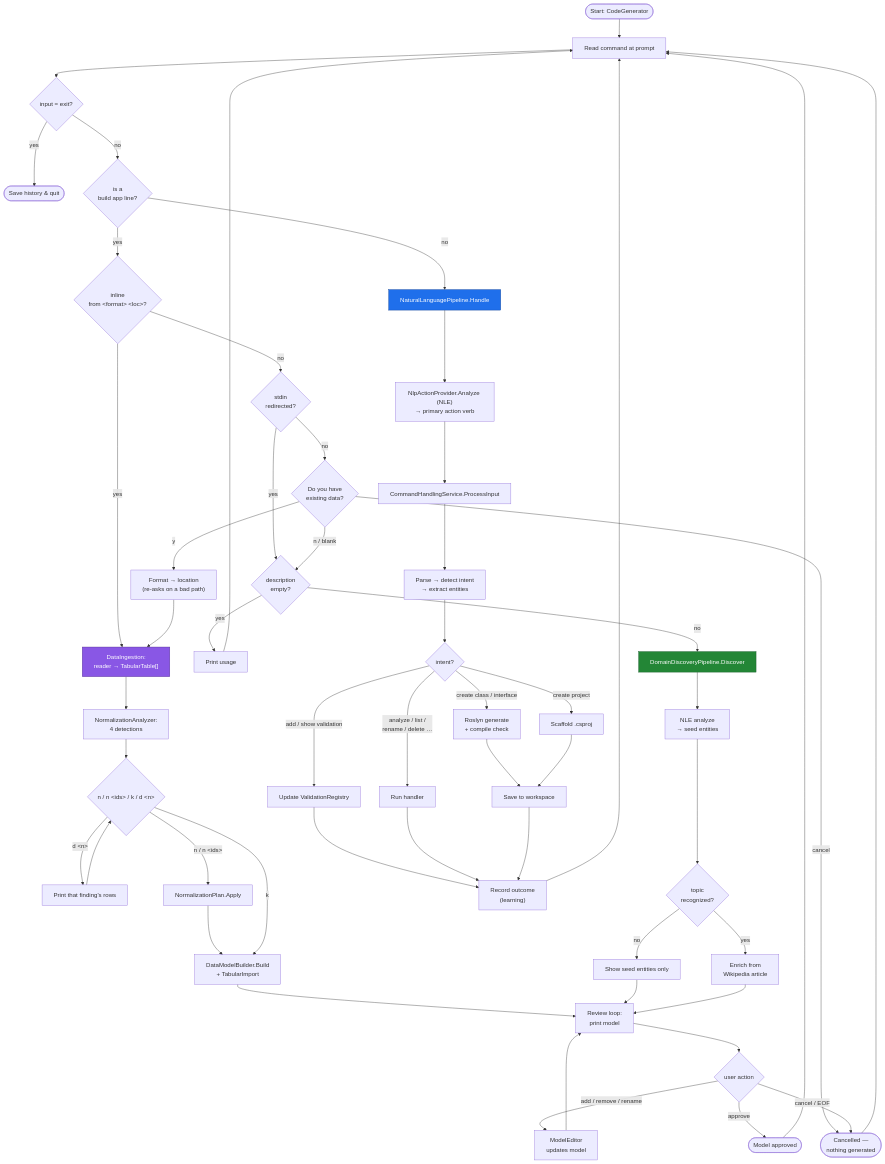
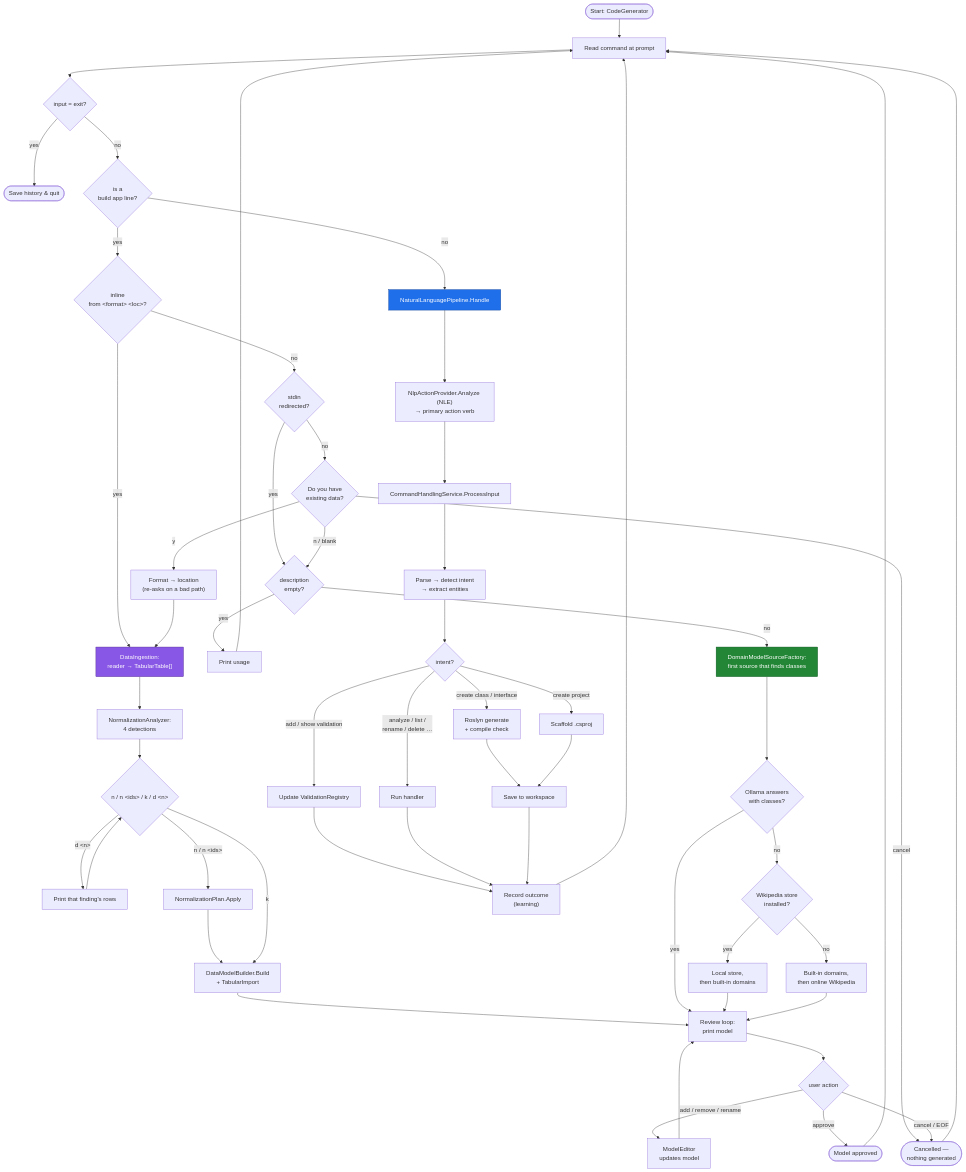
One commit to rohit-sharma444/SmartCodeGenerator changed the first of 7 diagrams in docs/architecture.md. Above: the diagram before and after it, drawn with Mermaid. The commit also changed other lines of this file, not shown here.

First line of the commit message:
docs(architecture): add Ollama, the built-in domains and the AI layer

````diff
--- a/docs/architecture.md
+++ b/docs/architecture.md
@@ -55,62 +67,63 @@
 ```mermaid
 flowchart TD
     start([Start: CodeGenerator]) --> read["Read command at prompt"]
     read --> exit{"input = exit?"}
     exit -- yes --> quit([Save history &amp; quit])
     exit -- no --> isbuild{"is a<br/>build app line?"}
 
     %% Front step: does the user already have data?
     isbuild -- yes --> src{"inline<br/>from &lt;format&gt; &lt;loc&gt;?"}
     src -- yes --> readdata["DataIngestion:<br/>reader → TabularTable[]"]
     src -- no --> piped{"stdin<br/>redirected?"}
     piped -- yes --> desc
     piped -- no --> ask{"Do you have<br/>existing data?"}
     ask -- "n / blank" --> desc
     ask -- cancel --> cancelled
     ask -- y --> interview["Format → location<br/>(re-asks on a bad path)"]
     interview --> readdata
 
     %% Data path
     readdata --> norm["NormalizationAnalyzer:<br/>4 detections"]
     norm --> choose{"n / n &lt;ids&gt; / k / d &lt;n&gt;"}
     choose -- "d &lt;n&gt;" --> detail["Print that finding's rows"] --> choose
     choose -- "n / n &lt;ids&gt;" --> apply["NormalizationPlan.Apply"] --> build2
     choose -- k --> build2["DataModelBuilder.Build<br/>+ TabularImport"]
     build2 --> review
 
     %% Discovery path
     desc{"description<br/>empty?"}
     desc -- yes --> usage["Print usage"] --> read
-    desc -- no --> discover["DomainDiscoveryPipeline.Discover"]
-    discover --> nle1["NLE analyze<br/>→ seed entities"]
-    nle1 --> recog{"topic<br/>recognized?"}
-    recog -- no --> seedonly["Show seed entities only"]
-    recog -- yes --> enrich["Enrich from<br/>Wikipedia article"]
-    seedonly --> review["Review loop:<br/>print model"]
-    enrich --> review
+    desc -- no --> discover["DomainModelSourceFactory:<br/>first source that finds classes"]
+    discover --> ollama{"Ollama answers<br/>with classes?"}
+    ollama -- yes --> review
+    ollama -- no --> store{"Wikipedia store<br/>installed?"}
+    store -- yes --> local["Local store,<br/>then built-in domains"]
+    store -- no --> bundled["Built-in domains,<br/>then online Wikipedia"]
+    local --> review["Review loop:<br/>print model"]
+    bundled --> review
     review --> action{"user action"}
     action -- "add / remove / rename" --> edit["ModelEditor<br/>updates model"] --> review
     action -- approve --> approved([Model approved]) --> read
     action -- "cancel / EOF" --> cancelled([Cancelled —<br/>nothing generated]) --> read
 
     %% Command path
     isbuild -- no --> handle["NaturalLanguagePipeline.Handle"]
     handle --> nle2["NlpActionProvider.Analyze (NLE)<br/>→ primary action verb"]
     nle2 --> process["CommandHandlingService.ProcessInput"]
     process --> parse["Parse → detect intent<br/>→ extract entities"]
     parse --> dispatch{"intent?"}
     dispatch -- "create class / interface" --> genclass["Roslyn generate<br/>+ compile check"]
     dispatch -- "create project" --> genproj["Scaffold .csproj"]
     dispatch -- "add / show validation" --> val["Update ValidationRegistry"]
     dispatch -- "analyze / list /<br/>rename / delete …" --> other["Run handler"]
     genclass --> save["Save to workspace"]
     genproj --> save
     val --> record["Record outcome<br/>(learning)"]
     other --> record
     save --> record
     record --> read
 
     style discover fill:#238636,stroke:#0f5323,color:#fff
     style handle fill:#1f6feb,stroke:#0b3d91,color:#fff
     style readdata fill:#8957e5,stroke:#4c2889,color:#fff
 ```
````
